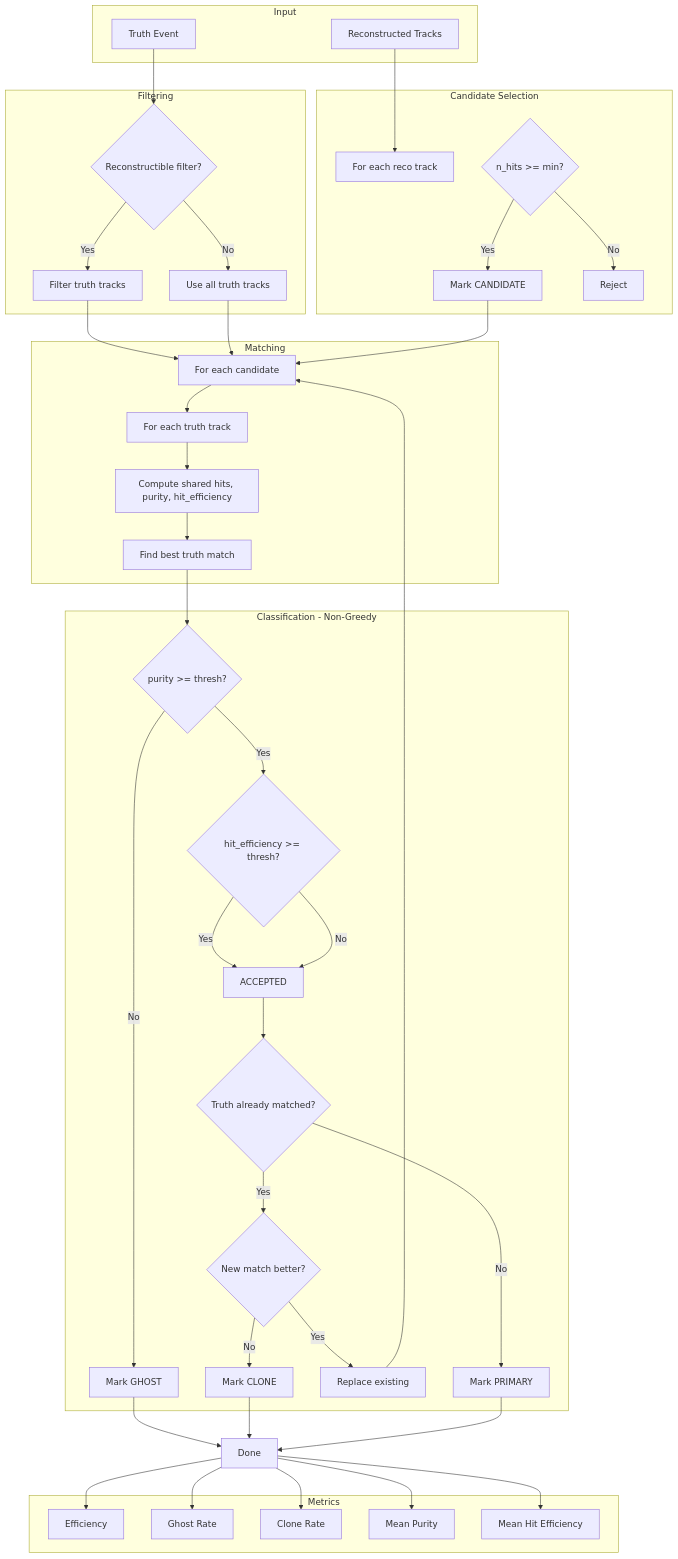
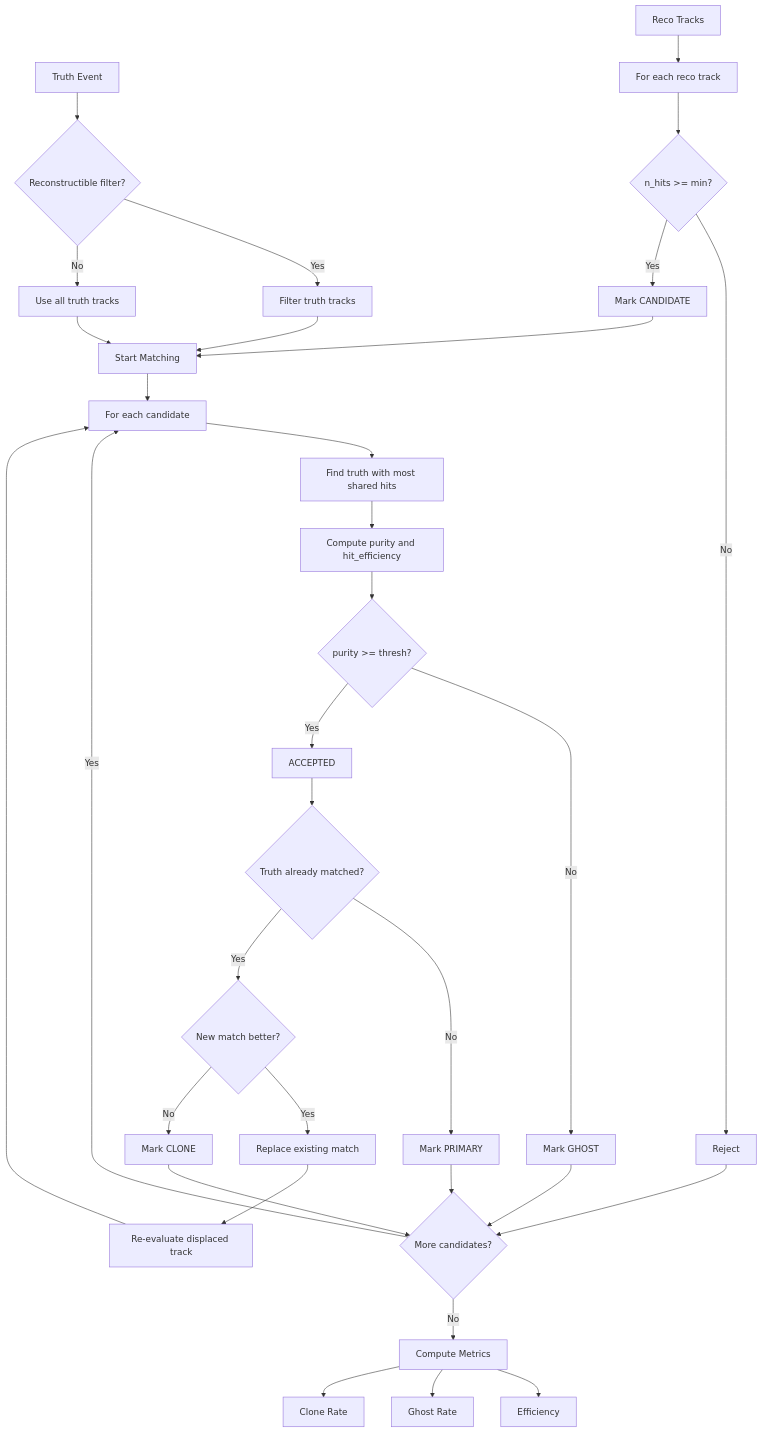
The ninth of 13 diagrams in docs/FLOW_DIAGRAMS.md (GeorgeWilliam1999/LHCb_VeLo_Toy_Model), drawn with Mermaid before and after one commit.

Commit message:
display error fixed

````diff
--- a/docs/FLOW_DIAGRAMS.md
+++ b/docs/FLOW_DIAGRAMS.md
@@ -552,69 +552,42 @@
 ```mermaid
 flowchart TD
-    subgraph Input
-        TRUE[Truth Event]
-        RECO[Reconstructed Tracks]
-    end
+    TRUE[Truth Event] --> FILT{Reconstructible filter?}
+    FILT -->|Yes| RECON[Filter truth tracks]
+    FILT -->|No| PASS[Use all truth tracks]
     
-    subgraph Filtering
-        FILT{Reconstructible filter?}
-        FILT -->|Yes| RECON[Filter truth tracks]
-        FILT -->|No| PASS[Use all truth tracks]
-    end
+    RECO[Reco Tracks] --> CAND[For each reco track]
+    CAND --> NHIT{n_hits >= min?}
+    NHIT -->|No| REJECT[Reject]
+    NHIT -->|Yes| CANDOK[Mark CANDIDATE]
     
-    subgraph CandidateSelection[Candidate Selection]
-        CAND[For each reco track]
-        NHIT{n_hits >= min?}
-        NHIT -->|Yes| CANDOK[Mark CANDIDATE]
-        NHIT -->|No| REJECT[Reject]
-    end
+    RECON --> STARTMATCH
+    PASS --> STARTMATCH
+    CANDOK --> STARTMATCH[Start Matching]
     
-    subgraph Matching
-        LOOP[For each candidate]
-        ASSOC[For each truth track]
-        CALC[Compute shared hits, purity, hit_efficiency]
-        BEST[Find best truth match]
-    end
+    STARTMATCH --> LOOP[For each candidate]
+    LOOP --> ASSOC[Find truth with most shared hits]
+    ASSOC --> CALC[Compute purity and hit_efficiency]
     
-    subgraph Classification[Classification - Non-Greedy]
-        PURE{purity >= thresh?}
-        PURE -->|Yes| HITEFF{hit_efficiency >= thresh?}
-        PURE -->|No| GHOST[Mark GHOST]
-        HITEFF -->|Yes| ACCEPT[ACCEPTED]
-        HITEFF -->|No| ACCEPT
-        
-        ALREADY{Truth already matched?}
-        ALREADY -->|No| PRIMARY[Mark PRIMARY]
-        ALREADY -->|Yes| BETTER{New match better?}
-        BETTER -->|Yes| REPLACE[Replace existing]
-        BETTER -->|No| CLONEMARK[Mark CLONE]
-        REPLACE --> LOOP
-    end
+    CALC --> PURE{purity >= thresh?}
+    PURE -->|No| GHOST[Mark GHOST]
+    PURE -->|Yes| ACCEPT[ACCEPTED]
     
-    subgraph Metrics
-        EFF[Efficiency]
-        GR[Ghost Rate]
-        CR[Clone Rate]
-        PUR[Mean Purity]
-        HITEFFM[Mean Hit Efficiency]
-    end
+    ACCEPT --> ALREADY{Truth already matched?}
+    ALREADY -->|No| PRIMARY[Mark PRIMARY]
+    ALREADY -->|Yes| BETTER{New match better?}
+    BETTER -->|Yes| REPLACE[Replace existing match]
+    BETTER -->|No| CLONE[Mark CLONE]
+    REPLACE --> REEVAL[Re-evaluate displaced track]
+    REEVAL --> LOOP
     
-    TRUE --> FILT
-    RECO --> CAND
-    RECON --> LOOP
-    PASS --> LOOP
-    CANDOK --> LOOP
-    LOOP --> ASSOC
-    ASSOC --> CALC
-    CALC --> BEST
-    BEST --> PURE
-    ACCEPT --> ALREADY
-    GHOST --> DONE[Done]
-    CLONEMARK --> DONE
-    PRIMARY --> DONE
-    DONE --> EFF
-    DONE --> GR
-    DONE --> CR
-    DONE --> PUR
-    DONE --> HITEFFM
+    GHOST --> NEXTTRACK{More candidates?}
+    PRIMARY --> NEXTTRACK
+    CLONE --> NEXTTRACK
+    NEXTTRACK -->|Yes| LOOP
+    NEXTTRACK -->|No| METRICS[Compute Metrics]
+    REJECT --> NEXTTRACK
+    
+    METRICS --> EFF[Efficiency]
+    METRICS --> GR[Ghost Rate]
+    METRICS --> CR[Clone Rate]
 ```
````
